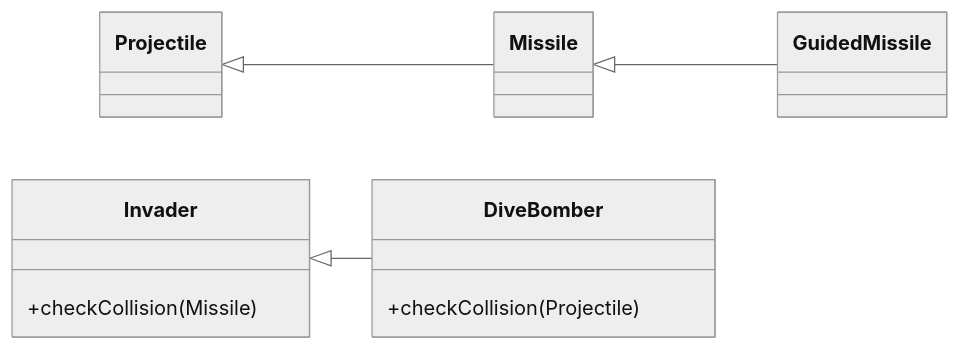
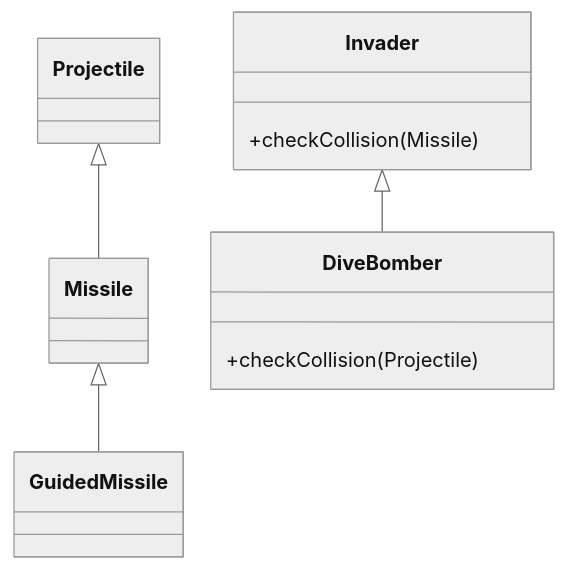
One commit to xballoy/solid-presentation changed the fourth of 4 diagrams in slides.md. Above: the diagram before and after it, drawn with Mermaid (neutral theme). The commit also changed other lines of this file, not shown here.

````diff
--- a/slides.md
+++ b/slides.md
@@ -215,13 +217,12 @@
 ```mermaid
   classDiagram
-    direction LR
     Projectile <|-- Missile
     Missile <|-- GuidedMissile
     Invader <|-- DiveBomber
     class Invader {
         +checkCollision(Missile)
     }
     class DiveBomber {
         +checkCollision(Projectile)
     }
 ```
````
